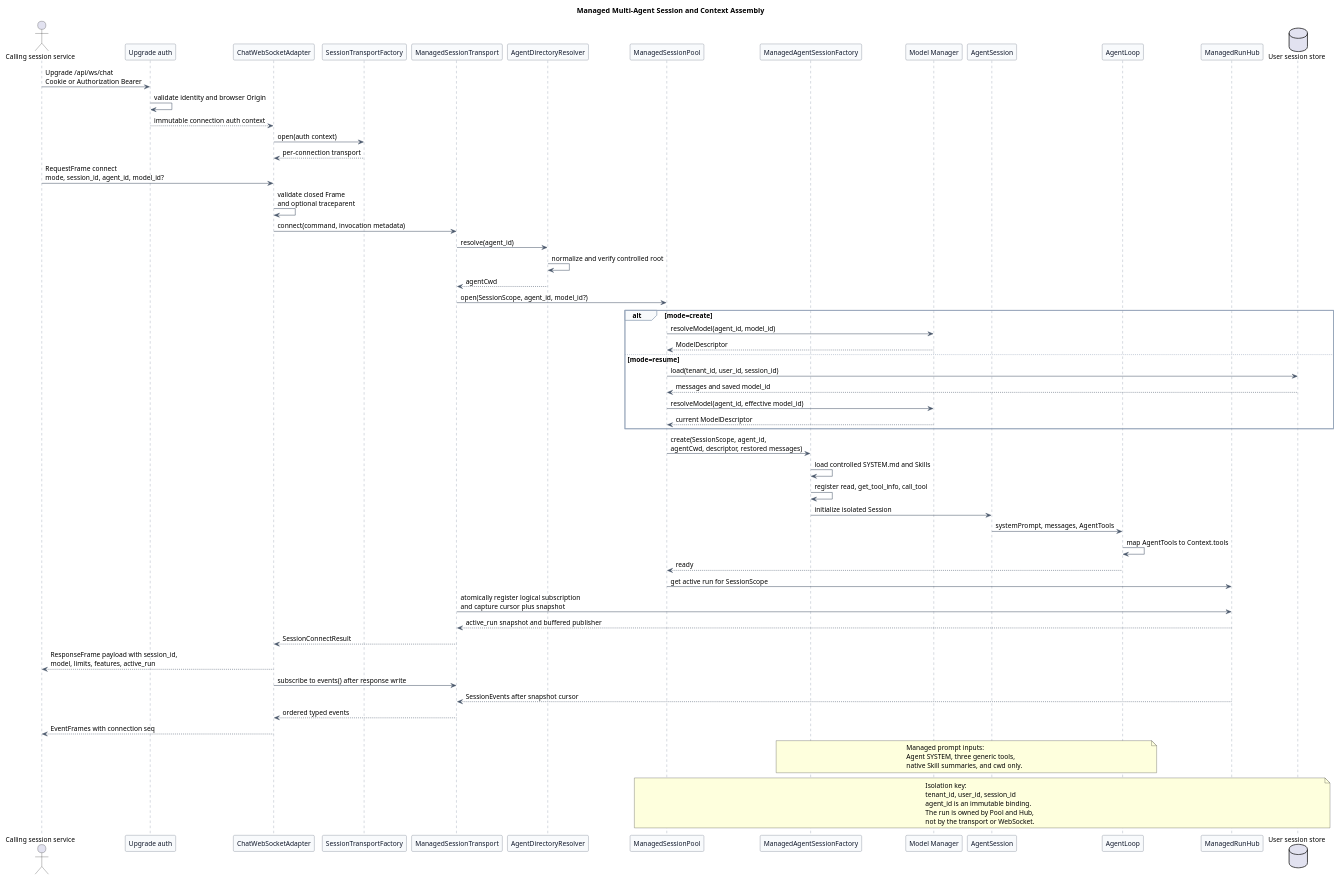
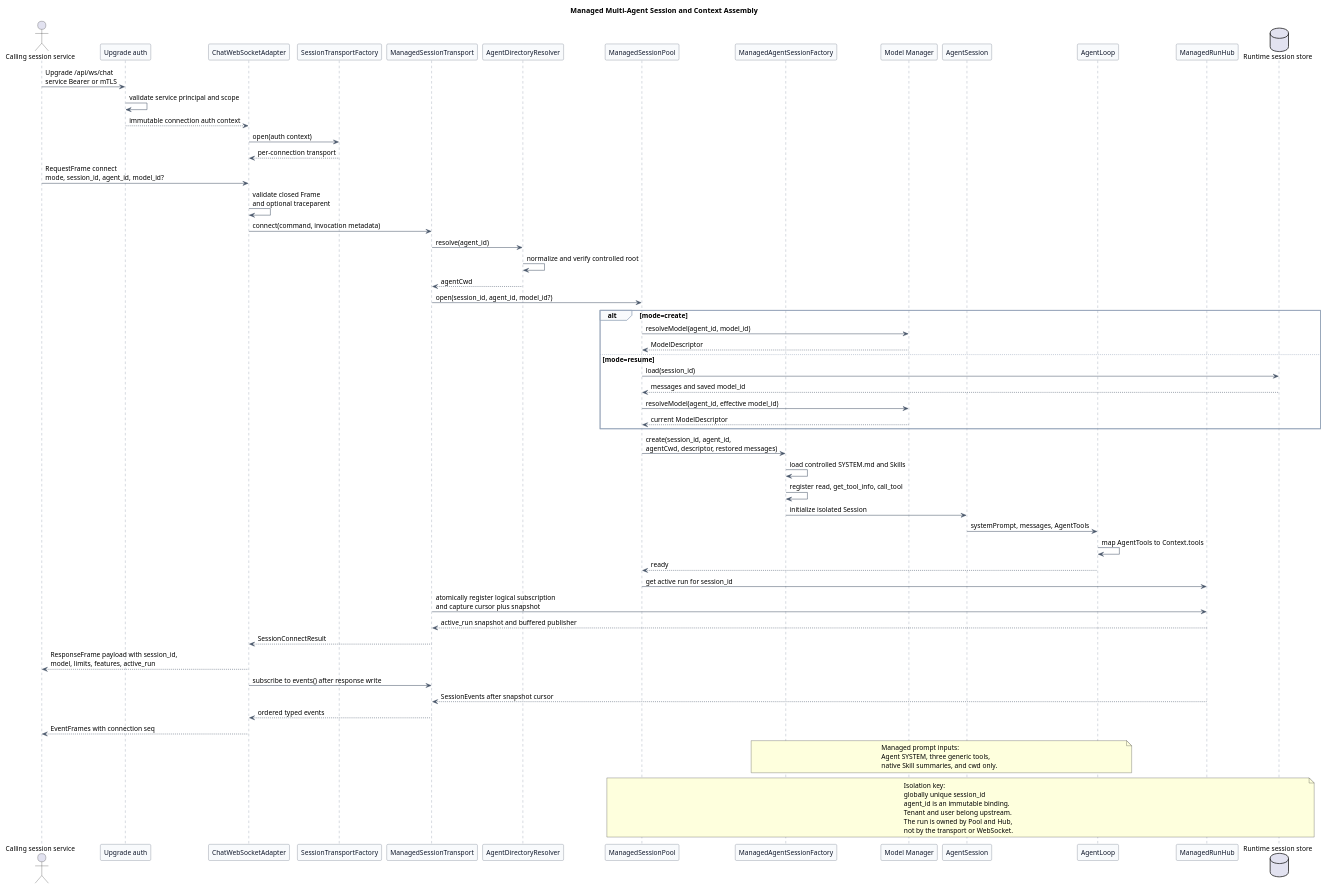
Before and after one commit to superheromeZzh/pi-mono-java-design: the second of 6 diagrams in pi-mono-java-manager-driven-multi-agent-runtime/diagram.puml, drawn with PlantUML. The commit also changed other lines of this file and 14 other files, not shown here.

Commit message:
docs(runtime): use session id as isolation key

```diff
--- a/pi-mono-java-manager-driven-multi-agent-runtime/diagram.puml
+++ b/pi-mono-java-manager-driven-multi-agent-runtime/diagram.puml
@@ -77,101 +77,103 @@
 @startuml managed_session_context_assembly
 title Managed Multi-Agent Session and Context Assembly
 
 ' Source evidence:
 ' pi-mono packages/ai/src/types.ts: Context
 ' pi-mono packages/coding-agent/src/core/system-prompt.ts: buildSystemPrompt
 ' pi-mono-java modules/coding-agent-cli/src/main/java/com/campusclaw/codingagent/session/AgentSession.java: initialize
 ' pi-mono-java modules/coding-agent-cli/src/main/java/com/campusclaw/codingagent/mode/server/SessionPool.java: getOrCreate
 ' pi-mono-java modules/coding-agent-cli/src/main/java/com/campusclaw/codingagent/mode/server/ServerMode.java: websocket route
 ' pi-mono-java modules/coding-agent-cli/src/main/java/com/campusclaw/codingagent/mode/server/ChatWebSocketHandler.java: handle
 ' pi-mono-java modules/agent-core/src/main/java/com/campusclaw/agent/loop/AgentLoop.java: invokeModel, toLlmTools
 ' Observed behavior: Java currently reads conversation_id during Upgrade and uses one base cwd.
 ' Java divergence: v2 authenticates Upgrade and maps closed Frames to a server-side SessionTransport.
 ' Architecture change: ManagedSessionTransport owns logical connection state; WebSocket is an adapter.
+' Target design: globally unique session_id is the only SessionPool key; tenant and user stay upstream.
 ' Design reason: isolate prompt, model, tool, persistence, and run recovery across Agents.
 
 skinparam backgroundColor #FFFFFF
 skinparam shadowing false
 skinparam defaultFontName Arial
 skinparam defaultFontSize 13
 skinparam participant {
   BackgroundColor #F8FAFC
   BorderColor #475569
   FontColor #0F172A
 }
 skinparam ArrowColor #475569
 skinparam sequence {
   LifeLineBorderColor #64748B
   LifeLineBackgroundColor #F8FAFC
   GroupBorderColor #94A3B8
   GroupBackgroundColor #F8FAFC
 }
 
 actor "Calling session service" as Client
 participant "Upgrade auth" as Auth
 participant "ChatWebSocketAdapter" as WS
 participant "SessionTransportFactory" as TransportFactory
 participant "ManagedSessionTransport" as Transport
 participant "AgentDirectoryResolver" as Resolver
 participant "ManagedSessionPool" as Pool
 participant "ManagedAgentSessionFactory" as Factory
 participant "Model Manager" as ModelManager
 participant "AgentSession" as Session
 participant "AgentLoop" as Loop
 participant "ManagedRunHub" as Hub
-database "User session store" as Store
+database "Runtime session store" as Store
 
-Client -> Auth : Upgrade /api/ws/chat\nCookie or Authorization Bearer
-Auth -> Auth : validate identity and browser Origin
+Client -> Auth : Upgrade /api/ws/chat\nservice Bearer or mTLS
+Auth -> Auth : validate service principal and scope
 Auth --> WS : immutable connection auth context
 WS -> TransportFactory : open(auth context)
 TransportFactory --> WS : per-connection transport
 Client -> WS : RequestFrame connect\nmode, session_id, agent_id, model_id?
 WS -> WS : validate closed Frame\nand optional traceparent
 WS -> Transport : connect(command, invocation metadata)
 Transport -> Resolver : resolve(agent_id)
 Resolver -> Resolver : normalize and verify controlled root
 Resolver --> Transport : agentCwd
-Transport -> Pool : open(SessionScope, agent_id, model_id?)
+Transport -> Pool : open(session_id, agent_id, model_id?)
 
 alt mode=create
   Pool -> ModelManager : resolveModel(agent_id, model_id)
   ModelManager --> Pool : ModelDescriptor
 else mode=resume
-  Pool -> Store : load(tenant_id, user_id, session_id)
+  Pool -> Store : load(session_id)
   Store --> Pool : messages and saved model_id
   Pool -> ModelManager : resolveModel(agent_id, effective model_id)
   ModelManager --> Pool : current ModelDescriptor
 end
 
-Pool -> Factory : create(SessionScope, agent_id,\nagentCwd, descriptor, restored messages)
+Pool -> Factory : create(session_id, agent_id,\nagentCwd, descriptor, restored messages)
 Factory -> Factory : load controlled SYSTEM.md and Skills
 Factory -> Factory : register read, get_tool_info, call_tool
 Factory -> Session : initialize isolated Session
 Session -> Loop : systemPrompt, messages, AgentTools
 Loop -> Loop : map AgentTools to Context.tools
 Loop --> Pool : ready
-Pool -> Hub : get active run for SessionScope
+Pool -> Hub : get active run for session_id
 Transport -> Hub : atomically register logical subscription\nand capture cursor plus snapshot
 Hub --> Transport : active_run snapshot and buffered publisher
 Transport --> WS : SessionConnectResult
 WS --> Client : ResponseFrame payload with session_id,\nmodel, limits, features, active_run
 WS -> Transport : subscribe to events() after response write
 Hub --> Transport : SessionEvents after snapshot cursor
 Transport --> WS : ordered typed events
 WS --> Client : EventFrames with connection seq
 
 note over Factory,Loop
 Managed prompt inputs:
 Agent SYSTEM, three generic tools,
 native Skill summaries, and cwd only.
 end note
 
 note over Pool,Store
 Isolation key:
-tenant_id, user_id, session_id
+globally unique session_id
 agent_id is an immutable binding.
+Tenant and user belong upstream.
 The run is owned by Pool and Hub,
 not by the transport or WebSocket.
 end note
 @enduml
```
